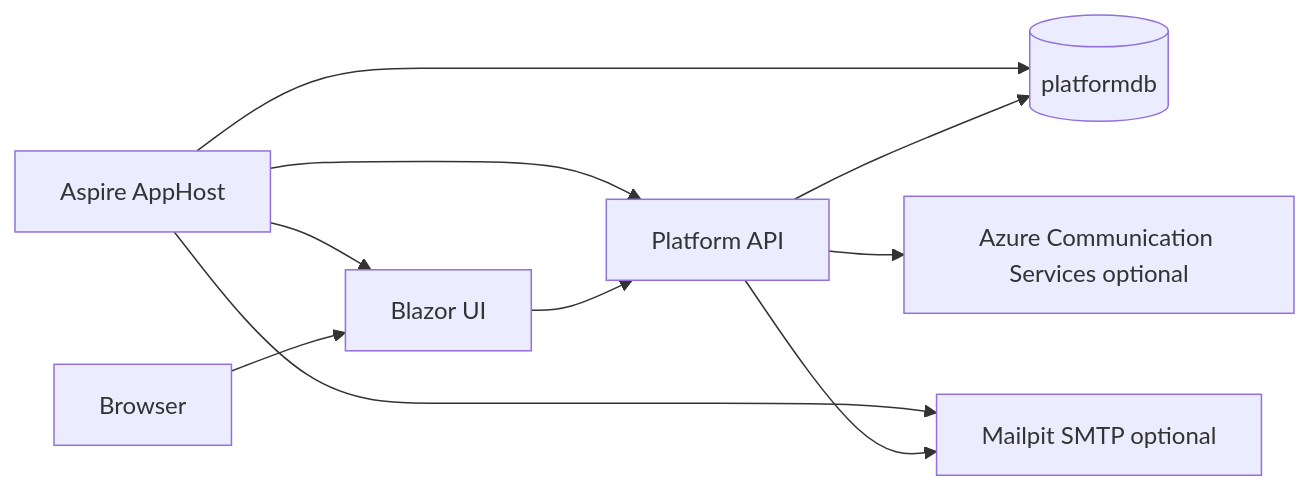
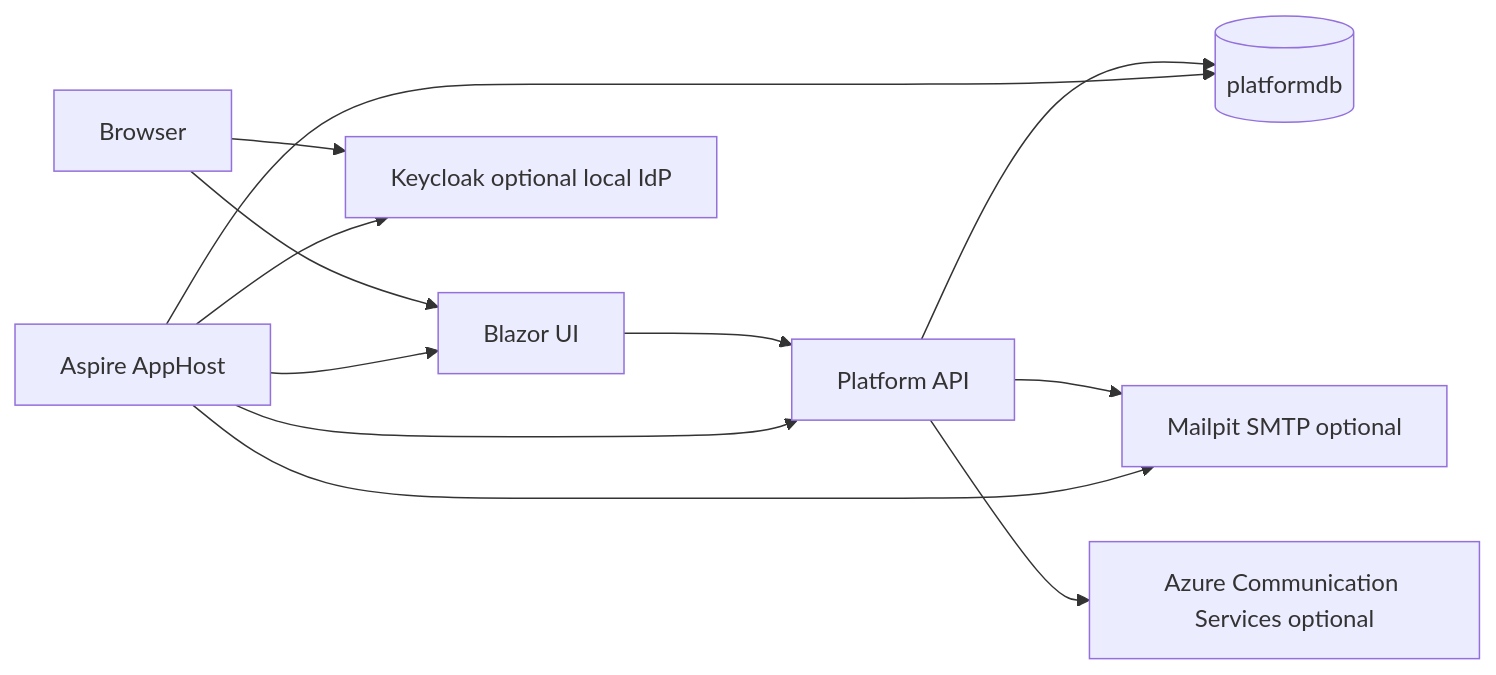
The second of 4 diagrams in docs/wiki/architecture.md (MartynFewtrell/TNC.Trading.Platform), drawn with Mermaid before and after one commit. The commit also changed other lines of this file and 52 other files, not shown here.

````diff
--- a/docs/wiki/architecture.md
+++ b/docs/wiki/architecture.md
@@ -60,12 +61,14 @@
 ```mermaid
 flowchart LR
     Operator[Browser] --> Web[Blazor UI]
+    Operator --> Keycloak[Keycloak optional local IdP]
     Web --> Api[Platform API]
     Api --> Sql[(platformdb)]
     Api --> Mailpit[Mailpit SMTP optional]
     Api --> Acs[Azure Communication Services optional]
     AppHost[Aspire AppHost] --> Web
     AppHost --> Api
     AppHost --> Sql
     AppHost --> Mailpit
+    AppHost --> Keycloak
 ```
````
